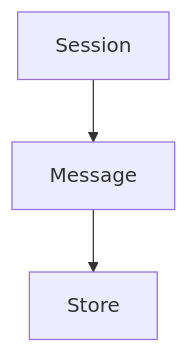
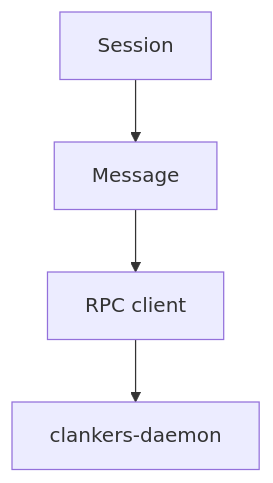
Before and after one commit to dxta-dev/clankers: the diagram in lode/terminology.md, drawn with Mermaid. The commit also changed other lines of this file and 19 other files, not shown here.

````diff
--- a/lode/terminology.md
+++ b/lode/terminology.md
@@ -22,5 +20,6 @@
 ```mermaid
 flowchart TD
   Session --> Message
-  Message --> Store
+  Message --> RpcClient[RPC client]
+  RpcClient --> Daemon[clankers-daemon]
 ```
````
